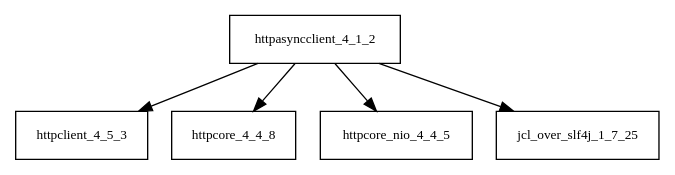
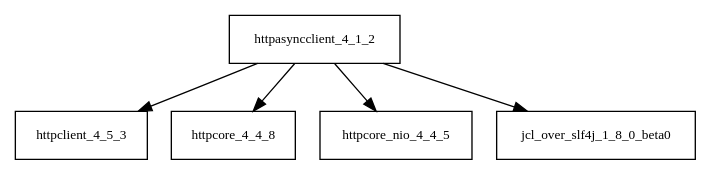
One commit to AglaianWoman/cia changed the diagram in tattleTaleReport/graphviz/httpasyncclient-4.1.2.jar/httpasyncclient-4.1.2.jar.dot. Above: the diagram before and after it, drawn with Graphviz. The commit also changed 3162 other files, not shown here.

```diff
--- a/tattleTaleReport/graphviz/httpasyncclient-4.1.2.jar/httpasyncclient-4.1.2.jar.dot
+++ b/tattleTaleReport/graphviz/httpasyncclient-4.1.2.jar/httpasyncclient-4.1.2.jar.dot
@@ -1,7 +1,7 @@
 digraph httpasyncclient_4_1_2_dependencies {
   node [shape = box, fontsize=10.0];
   httpasyncclient_4_1_2 -> httpclient_4_5_3;
   httpasyncclient_4_1_2 -> httpcore_4_4_8;
   httpasyncclient_4_1_2 -> httpcore_nio_4_4_5;
-  httpasyncclient_4_1_2 -> jcl_over_slf4j_1_7_25;
+  httpasyncclient_4_1_2 -> jcl_over_slf4j_1_8_0_beta0;
 }
```
